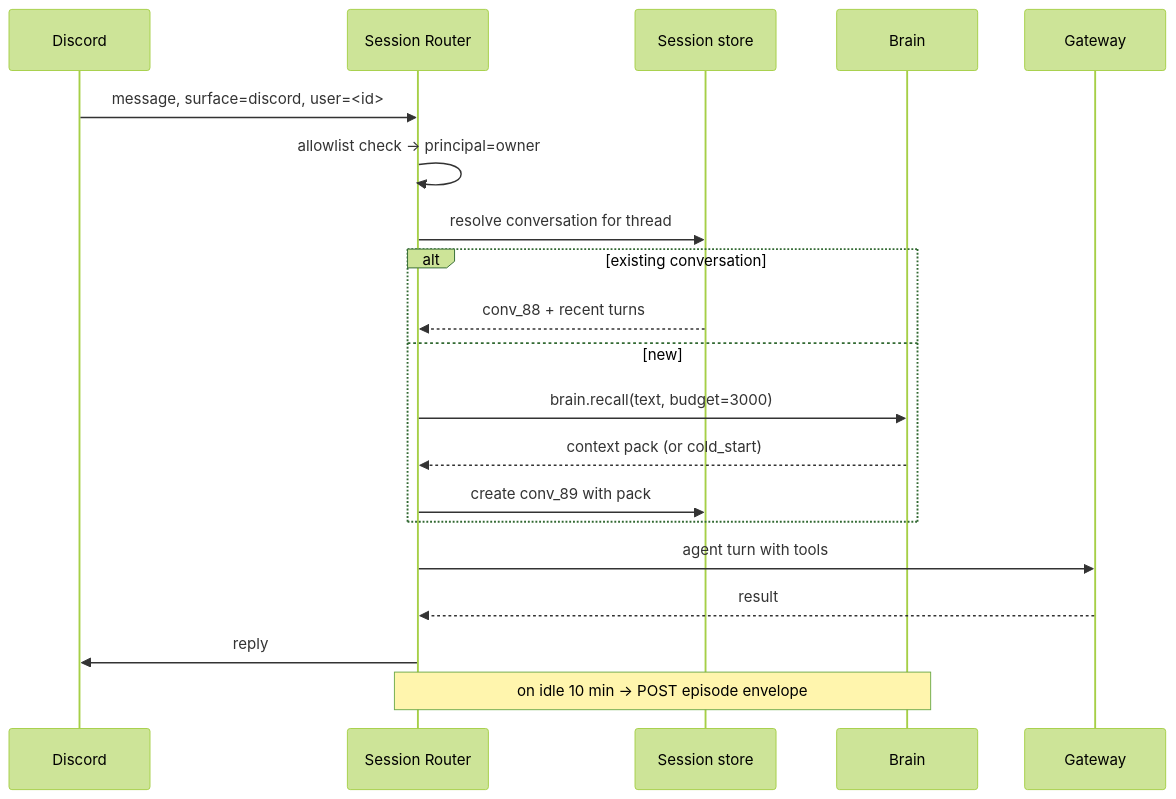
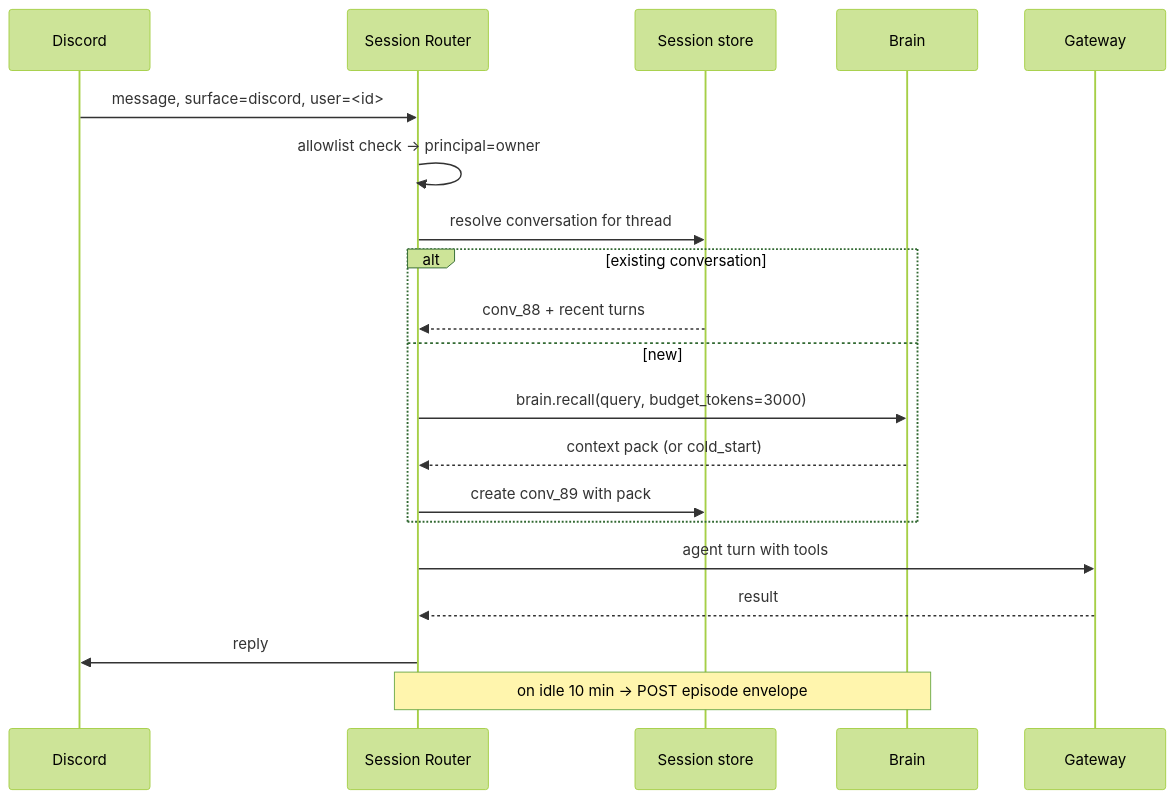
The third of 3 diagrams in architecture/08-surfaces.md (mars-flat/brain), drawn with Mermaid (forest theme) before and after one commit. The commit also changed other lines of this file and 23 other files, not shown here.

````diff
--- a/architecture/08-surfaces.md
+++ b/architecture/08-surfaces.md
@@ -123,23 +125,23 @@
 ```mermaid
 sequenceDiagram
     participant D as Discord
     participant R as Session Router
     participant ST as Session store
     participant B as Brain
     participant G as Gateway
 
     D->>R: message, surface=discord, user=<id>
     R->>R: allowlist check → principal=owner
     R->>ST: resolve conversation for thread
     alt existing conversation
         ST-->>R: conv_88 + recent turns
     else new
-        R->>B: brain.recall(text, budget=3000)
+        R->>B: brain.recall(query, budget_tokens=3000)
         B-->>R: context pack (or cold_start)
         R->>ST: create conv_89 with pack
     end
     R->>G: agent turn with tools
     G-->>R: result
     R->>D: reply
     Note over R,B: on idle 10 min → POST episode envelope
 ```
````
